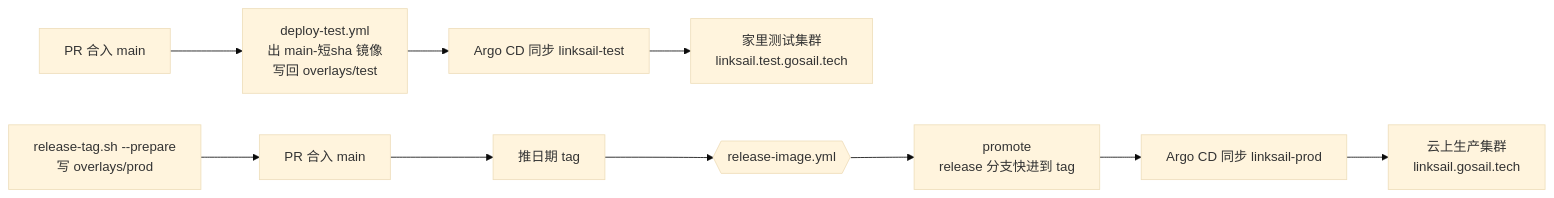
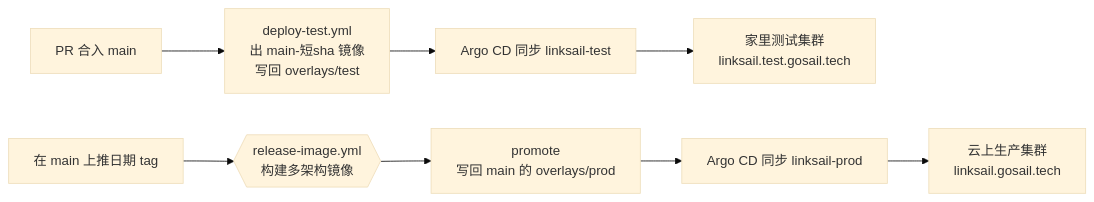
Before and after one commit to HubWu42/new-api-public-archive: the diagram in fleet-doc/ops.md, drawn with Mermaid (base theme). The commit also changed other lines of this file and 7 other files, not shown here.

First line of the commit message:
GS-571 发版改为回写 main（去掉 release 分支） (#15)

````diff
--- a/fleet-doc/ops.md
+++ b/fleet-doc/ops.md
@@ -16,13 +16,11 @@
 ```mermaid
 flowchart LR
     PR["PR 合入 main"] --> DT["deploy-test.yml<br/>出 main-短sha 镜像<br/>写回 overlays/test"]
     DT --> AT["Argo CD 同步 linksail-test"]
     AT --> T["家里测试集群<br/>linksail.test.gosail.tech"]
 
-    PREP["release-tag.sh --prepare<br/>写 overlays/prod"] --> M["PR 合入 main"]
-    M --> TAG["推日期 tag"]
-    TAG --> RI{{"release-image.yml"}}
-    RI --> PM["promote<br/>release 分支快进到 tag"]
+    TAG["在 main 上推日期 tag"] --> RI{{"release-image.yml<br/>构建多架构镜像"}}
+    RI --> PM["promote<br/>写回 main 的 overlays/prod"]
     PM --> AP["Argo CD 同步 linksail-prod"]
     AP --> P["云上生产集群<br/>linksail.gosail.tech"]
 ```
````
